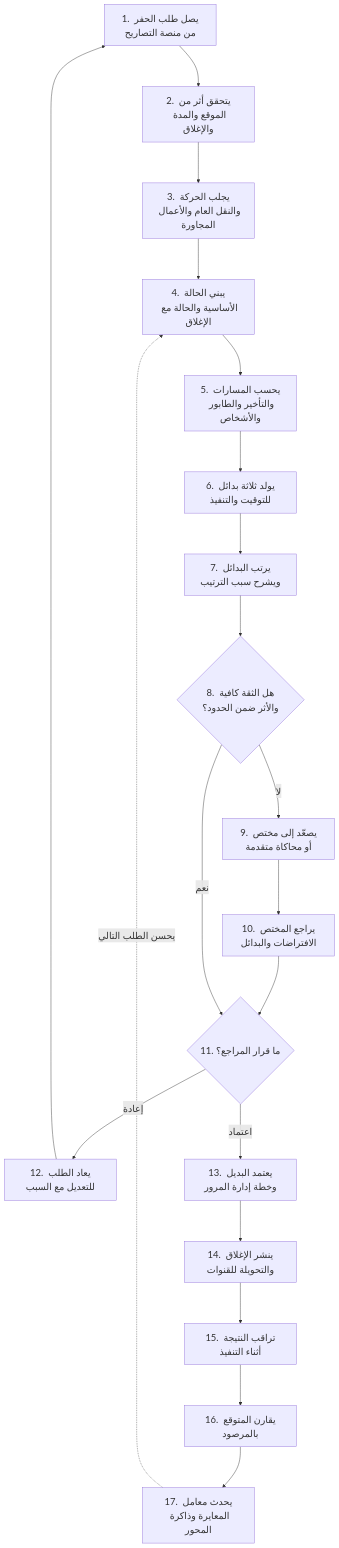
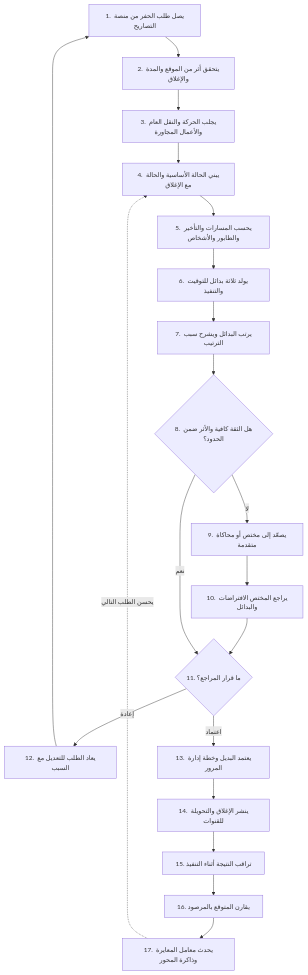
Before and after one commit to NotMarwan/Baladiyathon: the first of 12 diagrams in research/2026-07-23/athar-competitor-benchmarks/user-experience-uml.md, drawn with Mermaid. The commit also changed other lines of this file and 3 other files, not shown here.

````diff
--- a/research/2026-07-23/athar-competitor-benchmarks/user-experience-uml.md
+++ b/research/2026-07-23/athar-competitor-benchmarks/user-experience-uml.md
@@ -19,27 +19,27 @@
 ```mermaid
-%%{init: {"flowchart": {"useMaxWidth": false, "nodeSpacing": 75, "rankSpacing": 95}, "themeVariables": {"fontSize": "22px"}}}%%
+%%{init: {"flowchart": {"useMaxWidth": true, "nodeSpacing": 32, "rankSpacing": 48}, "themeVariables": {"fontSize": "15px"}}}%%
 flowchart TB
  A["1. يصل طلب الحفر من منصة التصاريح"]
  B["2. يتحقق أثر من الموقع والمدة والإغلاق"]
  C["3. يجلب الحركة والنقل العام والأعمال المجاورة"]
  D["4. يبني الحالة الأساسية والحالة مع الإغلاق"]
  E["5. يحسب المسارات والتأخير والطابور والأشخاص"]
  F["6. يولد ثلاثة بدائل للتوقيت والتنفيذ"]
  G["7. يرتب البدائل ويشرح سبب الترتيب"]
  H{"8. هل الثقة كافية والأثر ضمن الحدود؟"}
  I["9. يصعّد إلى مختص أو محاكاة متقدمة"]
  J["10. يراجع المختص الافتراضات والبدائل"]
  K{"11. ما قرار المراجع؟"}
  L["12. يعاد الطلب للتعديل مع السبب"]
  M["13. يعتمد البديل وخطة إدارة المرور"]
  N["14. ينشر الإغلاق والتحويلة للقنوات"]
  O["15. تراقب النتيجة أثناء التنفيذ"]
  P["16. يقارن المتوقع بالمرصود"]
  Q["17. يحدث معامل المعايرة وذاكرة المحور"]
  A --> B --> C --> D --> E --> F --> G --> H
  H -->|"لا"| I --> J --> K
  H -->|"نعم"| K
  K -->|"إعادة"| L --> A
  K -->|"اعتماد"| M --> N --> O --> P --> Q
  Q -.->|"يحسن الطلب التالي"| D
 ```
````
